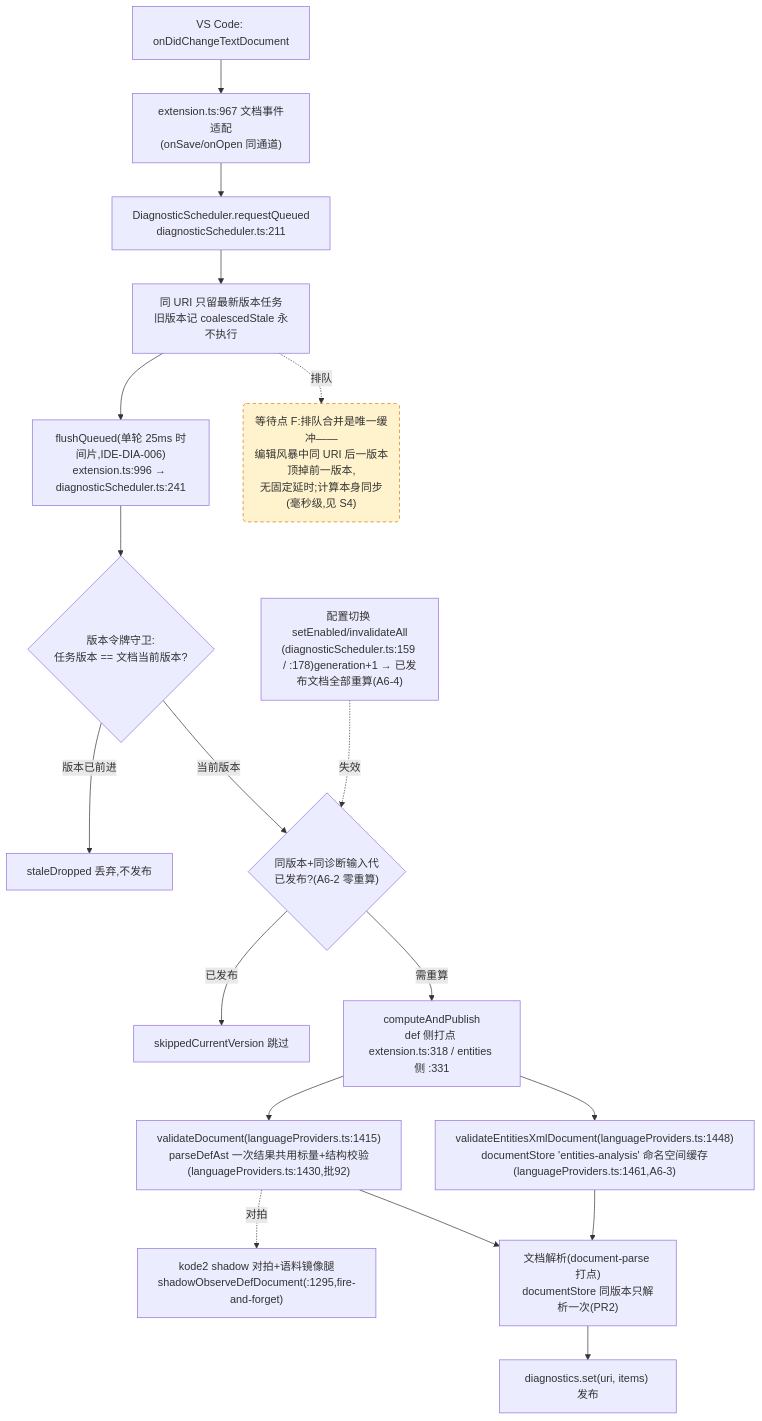
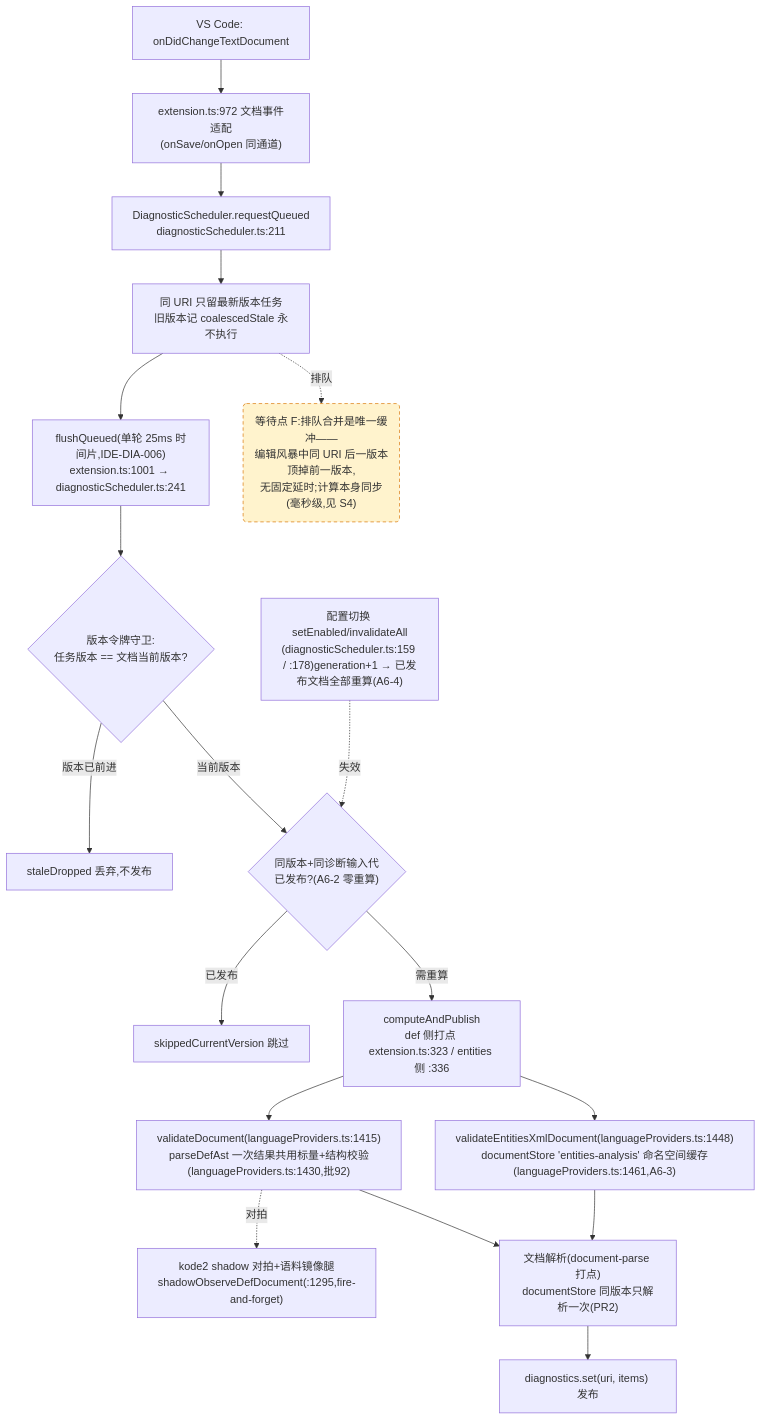
The fourth of 4 diagrams in docs/perf/2026-baseline.md (cuihairu/kode), drawn with Mermaid before and after one commit. The commit also changed other lines of this file and 4 other files, not shown here.

````diff
--- a/docs/perf/2026-baseline.md
+++ b/docs/perf/2026-baseline.md
@@ -214,38 +214,38 @@
 ```mermaid
 flowchart TD
   CHG["VS Code: onDidChangeTextDocument"]
-  WATCH["extension.ts:967 文档事件适配<br/>(onSave/onOpen 同通道)"]
+  WATCH["extension.ts:972 文档事件适配<br/>(onSave/onOpen 同通道)"]
   RQ["DiagnosticScheduler.requestQueued<br/>diagnosticScheduler.ts:211"]
   CO["同 URI 只留最新版本任务<br/>旧版本记 coalescedStale 永不执行"]
-  FL["flushQueued(单轮 25ms 时间片,IDE-DIA-006)<br/>extension.ts:996 → diagnosticScheduler.ts:241"]
+  FL["flushQueued(单轮 25ms 时间片,IDE-DIA-006)<br/>extension.ts:1001 → diagnosticScheduler.ts:241"]
   VG{"版本令牌守卫:<br/>任务版本 == 文档当前版本?"}
   DROP["staleDropped 丢弃,不发布"]
   GEN{"同版本+同诊断输入代<br/>已发布?(A6-2 零重算)"}
   SKIP["skippedCurrentVersion 跳过"]
-  CALC["computeAndPublish<br/>def 侧打点 extension.ts:318 / entities 侧 :331"]
+  CALC["computeAndPublish<br/>def 侧打点 extension.ts:323 / entities 侧 :336"]
   VD["validateDocument(languageProviders.ts:1415)<br/>parseDefAst 一次结果共用标量+结构校验(languageProviders.ts:1430,批92)"]
   VEX["validateEntitiesXmlDocument(languageProviders.ts:1448)<br/>documentStore 'entities-analysis' 命名空间缓存(languageProviders.ts:1461,A6-3)"]
   SHDD["kode2 shadow 对拍+语料镜像腿<br/>shadowObserveDefDocument(:1295,fire-and-forget)"]
   DS["文档解析(document-parse 打点)<br/>documentStore 同版本只解析一次(PR2)"]
   PUB["diagnostics.set(uri, items) 发布"]
   CFG2["配置切换 setEnabled/invalidateAll<br/>(diagnosticScheduler.ts:159 / :178)generation+1 → 已发布文档全部重算(A6-4)"]
 
   CHG --> WATCH --> RQ --> CO --> FL --> VG
   VG -- "版本已前进" --> DROP
   VG -- "当前版本" --> GEN
   GEN -- "已发布" --> SKIP
   GEN -- "需重算" --> CALC
   CALC --> VD
   CALC --> VEX
   VD --> DS
   VEX --> DS
   DS --> PUB
   VD -.->|对拍| SHDD
   CFG2 -.->|失效| GEN
 
   WAITF("等待点 F:排队合并是唯一缓冲——<br/>编辑风暴中同 URI 后一版本顶掉前一版本,<br/>无固定延时;计算本身同步(毫秒级,见 S4)")
   CO -.->|排队| WAITF
 
   classDef waitPoint fill:#fff3cd,stroke:#d97706,stroke-dasharray:5 4;
   class WAITF waitPoint;
 ```
````
